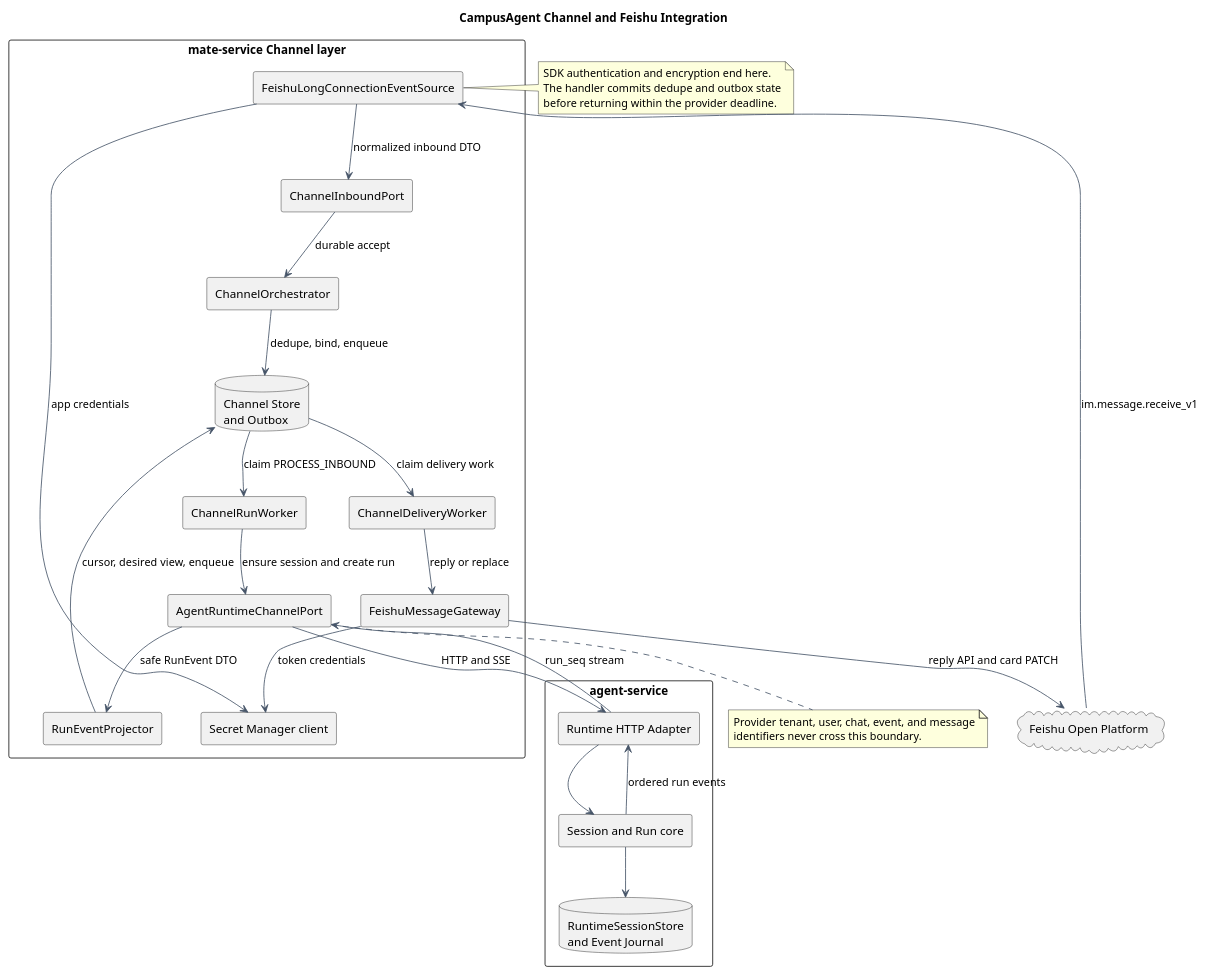
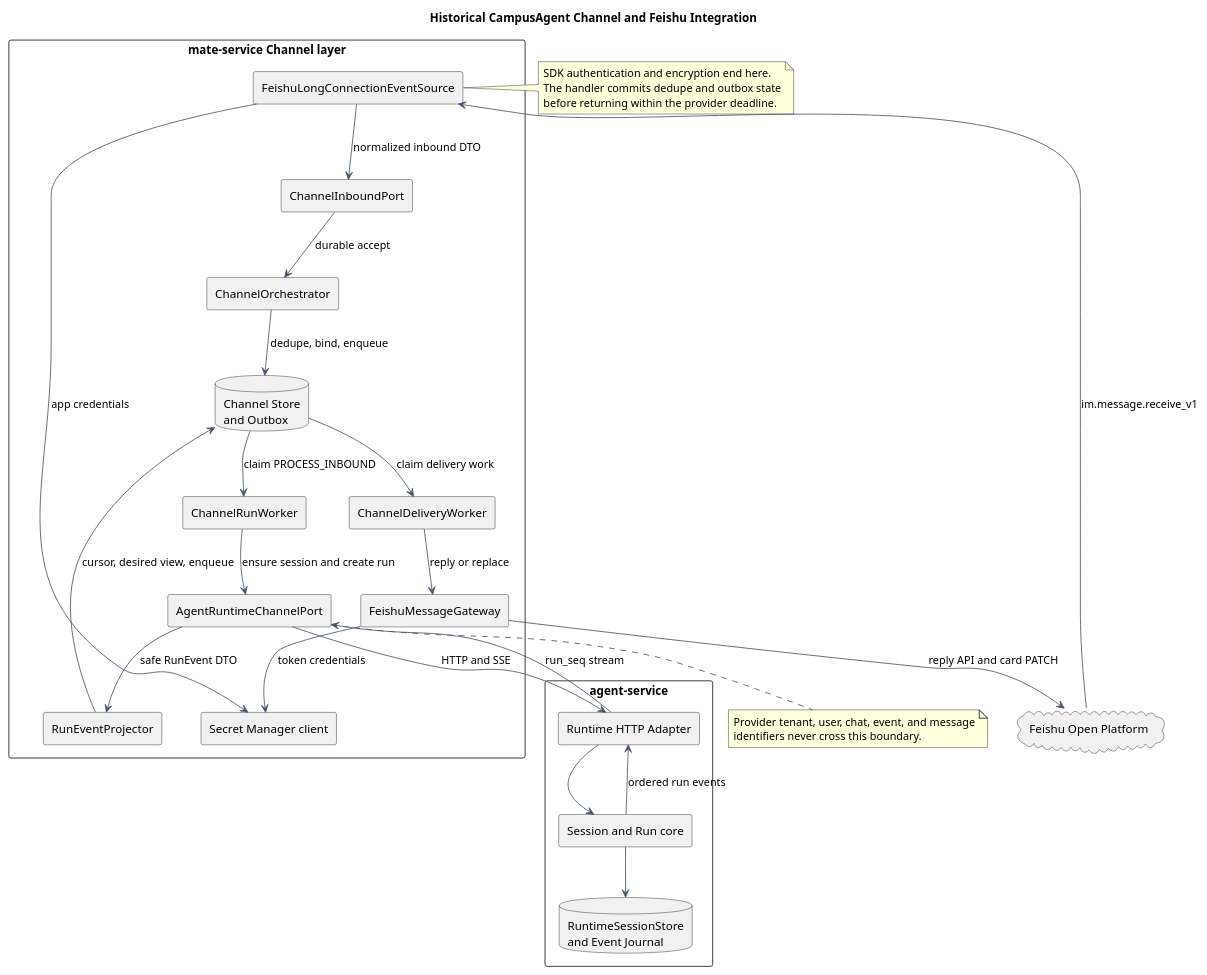
One commit to ssm0808/pi-mono-java-design changed the first of 2 diagrams in pi-mono-java-manager-driven-multi-agent-runtime/channel-feishu-v1/diagram.puml. Above: the diagram before and after it, drawn with PlantUML. The commit also changed other lines of this file and 34 other files, not shown here.

Commit message:
docs: 统一端到端 HTTP 和 SSE 架构

```diff
--- a/pi-mono-java-manager-driven-multi-agent-runtime/channel-feishu-v1/diagram.puml
+++ b/pi-mono-java-manager-driven-multi-agent-runtime/channel-feishu-v1/diagram.puml
@@ -1,70 +1,70 @@
 @startuml channel_feishu_architecture
-title CampusAgent Channel and Feishu Integration
+title Historical CampusAgent Channel and Feishu Integration
 
 ' Source evidence: pi-mono-java-manager-driven-multi-agent-runtime/chat-http-v1-design.md
 ' Source evidence: pi-mono-java-manager-driven-multi-agent-runtime/chat-http-v1.openapi.yaml
-' Source evidence: pi-mono-java-manager-driven-multi-agent-runtime/README.md, PublicChatConnection and RuntimeSessionChannel
 ' Source evidence: modules/coding-agent-cli/src/main/java/com/campusclaw/codingagent/mode/server/ChatHandler.java, baseline lines 33-168
 ' Observed behavior: the fixed Java baseline has a coupled POST /api/chat SSE endpoint.
-' Target-only design: Feishu is terminated by a provider adapter in mate-service and calls the target Runtime HTTP API.
+' Historical target-only design: this Run-based diagram is frozen and must not be used for implementation.
+' Current target: both service hops use HTTP and execution-scoped SSE; the Channel mapping requires a new review.
 ' Design reason: provider identity, retries, rate limits, and message rendering must not leak into agent-service.
 
 skinparam backgroundColor #FFFFFF
 skinparam componentStyle rectangle
 skinparam shadowing false
 skinparam ArrowColor #475569
 skinparam defaultFontName sans-serif
 skinparam packageStyle rectangle
 
 cloud "Feishu Open Platform" as Feishu
 
 package "mate-service Channel layer" {
   component "FeishuLongConnectionEventSource" as EventSource
   component "ChannelInboundPort" as InboundPort
   component "ChannelOrchestrator" as Orchestrator
   component "ChannelRunWorker" as RunWorker
   component "ChannelDeliveryWorker" as DeliveryWorker
   component "RunEventProjector" as Projector
   component "FeishuMessageGateway" as Gateway
   component "AgentRuntimeChannelPort" as RuntimePort
   database "Channel Store\nand Outbox" as Store
   component "Secret Manager client" as Secrets
 }
 
 package "agent-service" {
   component "Runtime HTTP Adapter" as RuntimeHttp
   component "Session and Run core" as RuntimeCore
   database "RuntimeSessionStore\nand Event Journal" as RuntimeStore
 }
 
 Feishu --> EventSource : im.message.receive_v1
 EventSource --> InboundPort : normalized inbound DTO
 InboundPort --> Orchestrator : durable accept
 Orchestrator --> Store : dedupe, bind, enqueue
 Store --> RunWorker : claim PROCESS_INBOUND
 RunWorker --> RuntimePort : ensure session and create run
 RuntimePort --> RuntimeHttp : HTTP and SSE
 RuntimeHttp --> RuntimeCore
 RuntimeCore --> RuntimeStore
 RuntimeCore --> RuntimeHttp : ordered run events
 RuntimeHttp --> RuntimePort : run_seq stream
 RuntimePort --> Projector : safe RunEvent DTO
 Projector --> Store : cursor, desired view, enqueue
 Store --> DeliveryWorker : claim delivery work
 DeliveryWorker --> Gateway : reply or replace
 Gateway --> Feishu : reply API and card PATCH
 EventSource --> Secrets : app credentials
 Gateway --> Secrets : token credentials
 
 note right of EventSource
   SDK authentication and encryption end here.
   The handler commits dedupe and outbox state
   before returning within the provider deadline.
 end note
 
 note bottom of RuntimePort
   Provider tenant, user, chat, event, and message
   identifiers never cross this boundary.
 end note
 
 @enduml
```
